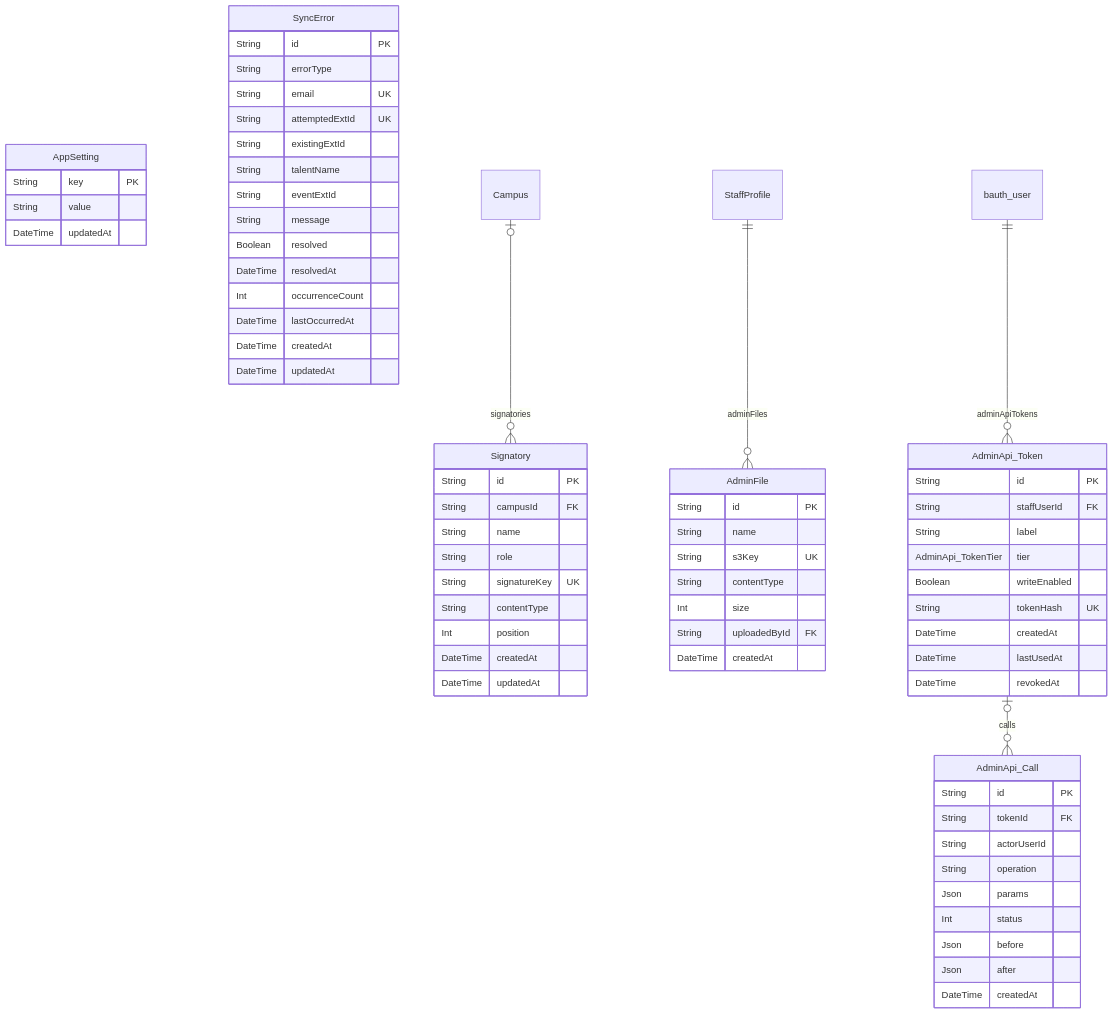
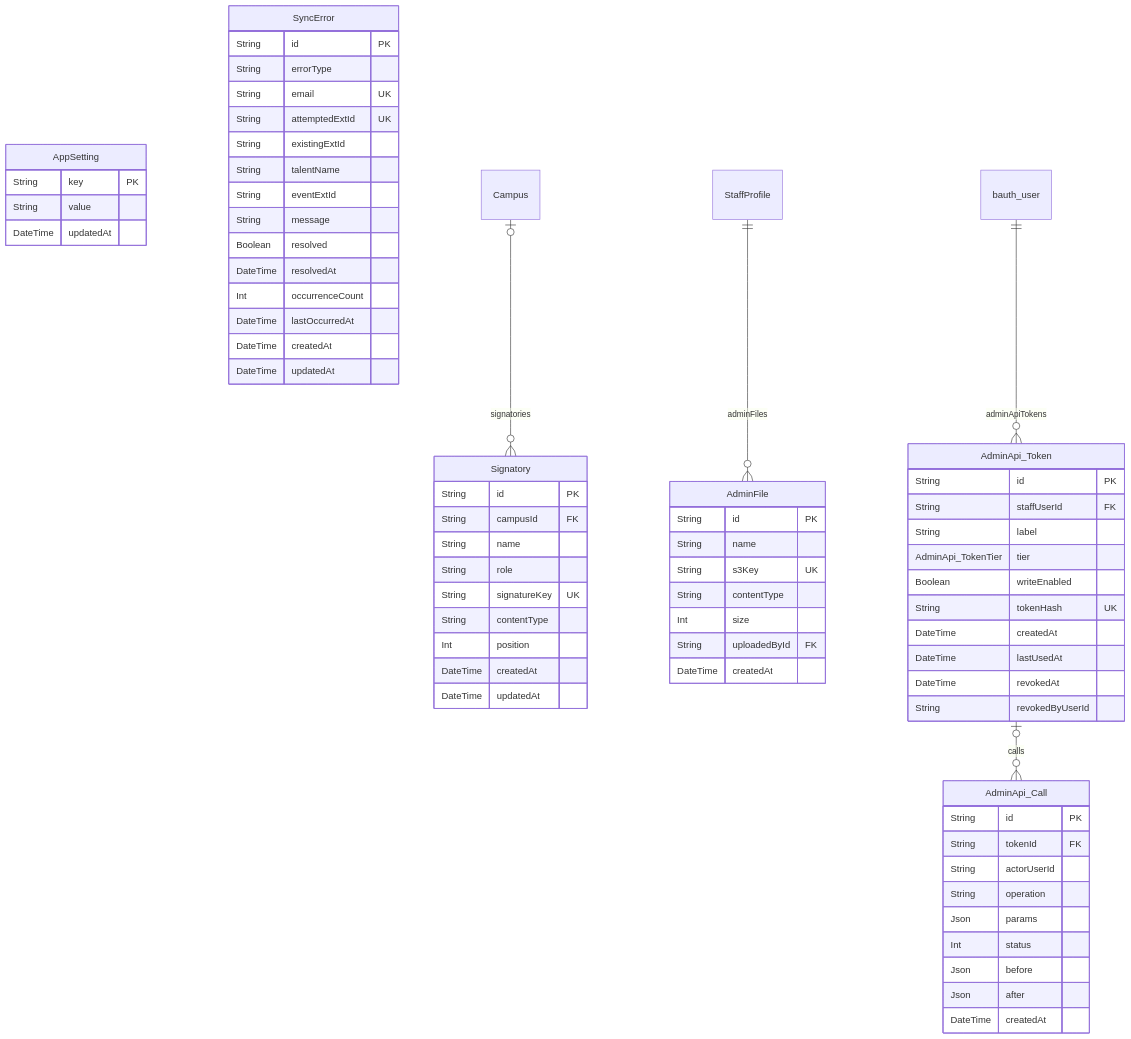
The tenth of 10 diagrams in frontend/docs/database.md (Manta-Epitech-Academy/jump), drawn with Mermaid before and after one commit. The commit also changed 19 other files, not shown here.

````diff
--- a/frontend/docs/database.md
+++ b/frontend/docs/database.md
@@ -802,76 +802,77 @@
 ```mermaid
 erDiagram
   AppSetting {
     String key PK
     String value
     DateTime updatedAt
   }
   Signatory {
     String id PK
     String campusId FK
     String name
     String role
     String signatureKey UK
     String contentType
     Int position
     DateTime createdAt
     DateTime updatedAt
   }
   AdminFile {
     String id PK
     String name
     String s3Key UK
     String contentType
     Int size
     String uploadedById FK
     DateTime createdAt
   }
   SyncError {
     String id PK
     String errorType
     String email UK
     String attemptedExtId UK
     String existingExtId
     String talentName
     String eventExtId
     String message
     Boolean resolved
     DateTime resolvedAt
     Int occurrenceCount
     DateTime lastOccurredAt
     DateTime createdAt
     DateTime updatedAt
   }
   AdminApi_Token {
     String id PK
     String staffUserId FK
     String label
     AdminApi_TokenTier tier
     Boolean writeEnabled
     String tokenHash UK
     DateTime createdAt
     DateTime lastUsedAt
     DateTime revokedAt
+    String revokedByUserId
   }
   AdminApi_Call {
     String id PK
     String tokenId FK
     String actorUserId
     String operation
     Json params
     Int status
     Json before
     Json after
     DateTime createdAt
   }
   bauth_user {
   }
   StaffProfile {
   }
   Campus {
   }
   bauth_user ||--o{ AdminApi_Token : "adminApiTokens"
   StaffProfile ||--o{ AdminFile : "adminFiles"
   Campus |o--o{ Signatory : "signatories"
   AdminApi_Token |o--o{ AdminApi_Call : "calls"
 ```
````
